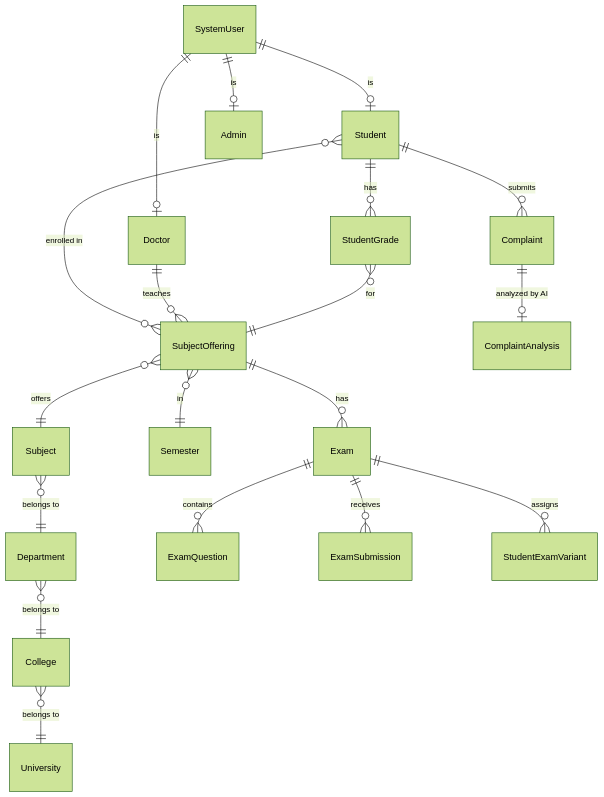
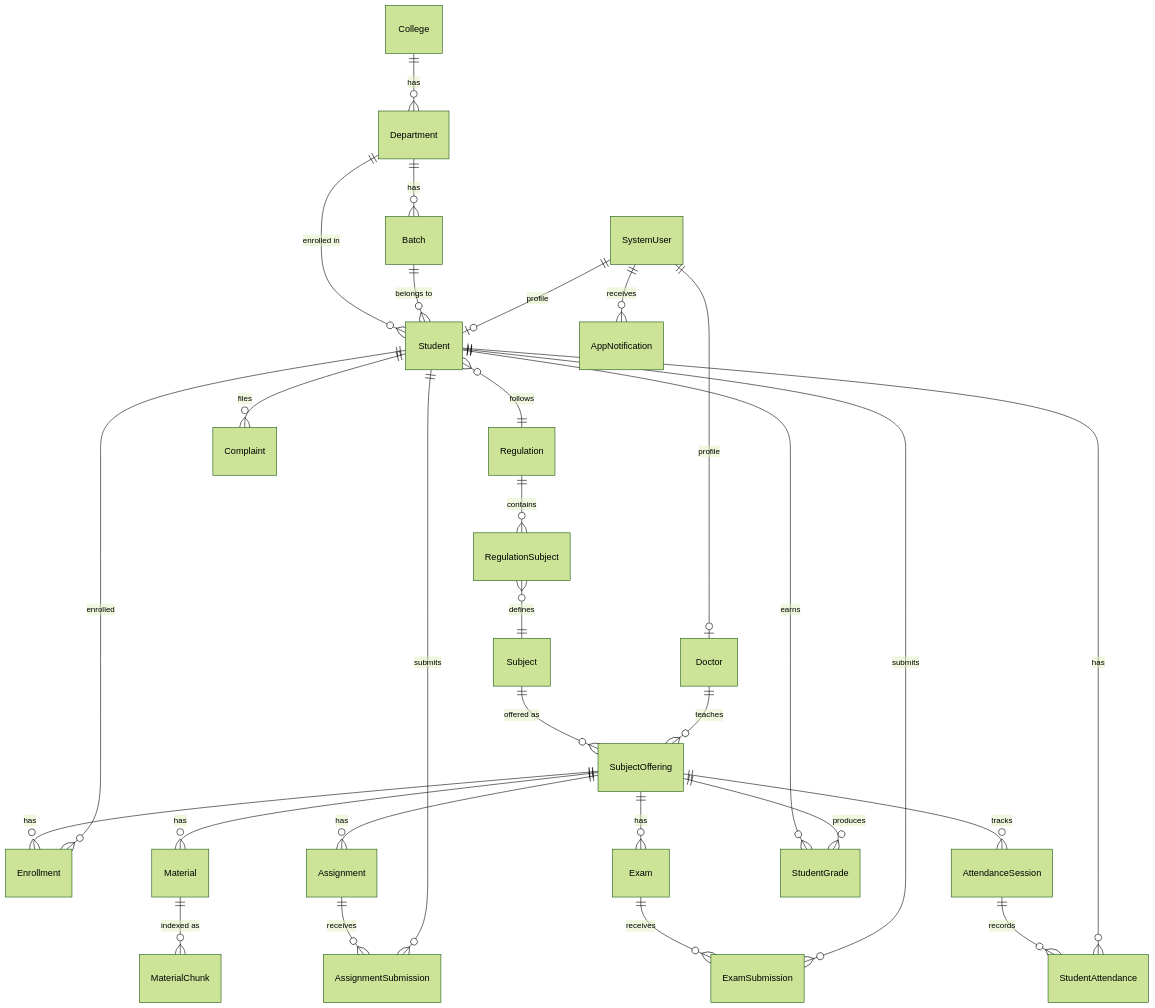
Before and after one commit to Mohamedmahmoud148/UniversityManagementSystem: diagram 12 of 12 in Project-Documentation/21-Diagrams/index.md, drawn with Mermaid (forest theme). The commit also changed other lines of this file and 33 other files, not shown here.

````diff
--- a/Project-Documentation/21-Diagrams/index.md
+++ b/Project-Documentation/21-Diagrams/index.md
@@ -314,27 +646,41 @@
 ```mermaid
 erDiagram
-    SystemUser ||--o| Student : "is"
-    SystemUser ||--o| Doctor : "is"
-    SystemUser ||--o| Admin : "is"
+  College ||--o{ Department : "has"
+  Department ||--o{ Batch : "has"
+  Department ||--o{ Student : "enrolled in"
+  Batch ||--o{ Student : "belongs to"
 
-    Student }o--o{ SubjectOffering : "enrolled in"
-    Doctor ||--o{ SubjectOffering : "teaches"
+  SystemUser ||--o| Student : "profile"
+  SystemUser ||--o| Doctor : "profile"
 
-    SubjectOffering }o--|| Subject : "offers"
-    SubjectOffering }o--|| Semester : "in"
+  Student }o--|| Regulation : "follows"
+  Regulation ||--o{ RegulationSubject : "contains"
+  RegulationSubject }o--|| Subject : "defines"
 
-    Subject }o--|| Department : "belongs to"
-    Department }o--|| College : "belongs to"
-    College }o--|| University : "belongs to"
+  Subject ||--o{ SubjectOffering : "offered as"
+  Doctor ||--o{ SubjectOffering : "teaches"
+  SubjectOffering ||--o{ Enrollment : "has"
+  Student ||--o{ Enrollment : "enrolled"
 
-    SubjectOffering ||--o{ Exam : "has"
-    Exam ||--o{ ExamQuestion : "contains"
-    Exam ||--o{ ExamSubmission : "receives"
-    Exam ||--o{ StudentExamVariant : "assigns"
+  SubjectOffering ||--o{ Material : "has"
+  SubjectOffering ||--o{ Assignment : "has"
+  SubjectOffering ||--o{ Exam : "has"
+  SubjectOffering ||--o{ AttendanceSession : "tracks"
 
-    Student ||--o{ StudentGrade : "has"
-    StudentGrade }o--|| SubjectOffering : "for"
+  Assignment ||--o{ AssignmentSubmission : "receives"
+  Student ||--o{ AssignmentSubmission : "submits"
 
-    Student ||--o{ Complaint : "submits"
-    Complaint ||--o| ComplaintAnalysis : "analyzed by AI"
+  Exam ||--o{ ExamSubmission : "receives"
+  Student ||--o{ ExamSubmission : "submits"
+
+  AttendanceSession ||--o{ StudentAttendance : "records"
+  Student ||--o{ StudentAttendance : "has"
+
+  Student ||--o{ StudentGrade : "earns"
+  SubjectOffering ||--o{ StudentGrade : "produces"
+
+  Student ||--o{ Complaint : "files"
+  SystemUser ||--o{ AppNotification : "receives"
+
+  Material ||--o{ MaterialChunk : "indexed as"
 ```
````
